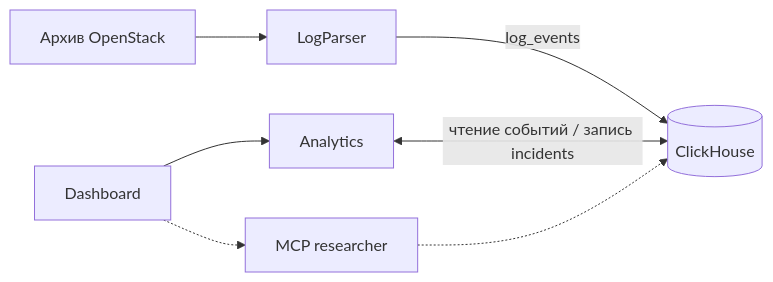
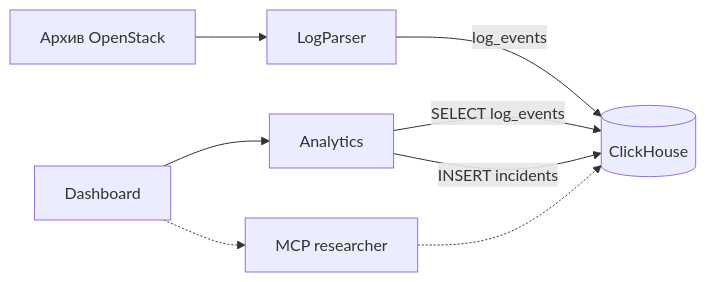
The diagram in README.md (tsarev-is/Logregartor), drawn with Mermaid before and after one commit. The commit also changed other lines of this file and 27 other files, not shown here.

````diff
--- a/README.md
+++ b/README.md
@@ -10,9 +11,10 @@
 ```mermaid
 flowchart LR
     L[Архив OpenStack] --> P[LogParser]
     P -->|log_events| C[(ClickHouse)]
     D[Dashboard] --> A[Analytics]
-    A <-->|чтение событий / запись incidents| C
+    A -->|SELECT log_events| C
+    A -->|INSERT incidents| C
     D -.-> M[MCP researcher]
     M -.-> C
 ```
````
